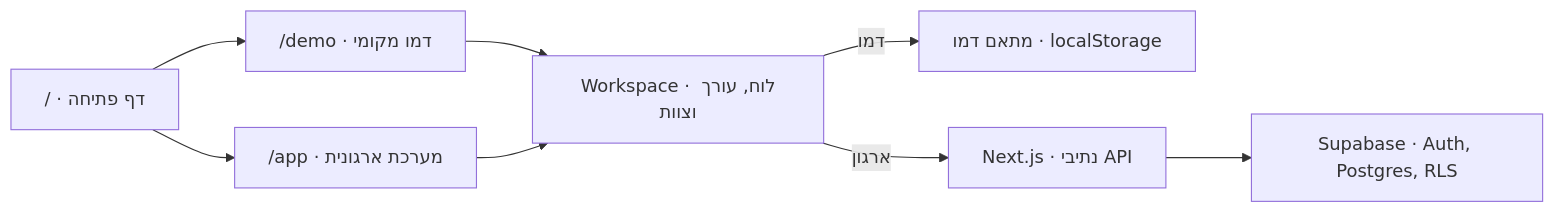
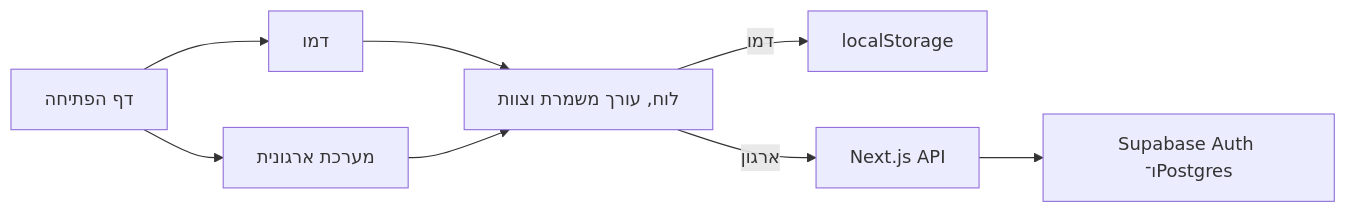
The second of 2 diagrams in README.md (Benjamin-1Fisher/MyShift), drawn with Mermaid before and after one commit. The commit also changed other lines of this file and 15 other files, not shown here.

````diff
--- a/README.md
+++ b/README.md
@@ -102,18 +181,10 @@
 ```mermaid
 flowchart LR
-    HOME["/ · דף פתיחה"]
-    DEMO["/demo · דמו מקומי"]
-    APP["/app · מערכת ארגונית"]
-    UI["Workspace · לוח, עורך וצוות"]
-    LOCAL["מתאם דמו · localStorage"]
-    API["Next.js · נתיבי API"]
-    DB["Supabase · Auth, Postgres, RLS"]
-
-    HOME --> DEMO
-    HOME --> APP
-    DEMO --> UI
+    HOME["דף הפתיחה"] --> DEMO["דמו"]
+    HOME --> APP["מערכת ארגונית"]
+    DEMO --> UI["לוח, עורך משמרת וצוות"]
     APP --> UI
-    UI -->|"דמו"| LOCAL
-    UI -->|"ארגון"| API
-    API --> DB
+    UI -->|"דמו"| LOCAL["localStorage"]
+    UI -->|"ארגון"| API["Next.js API"]
+    API --> DB["Supabase Auth ו־Postgres"]
 ```
````
